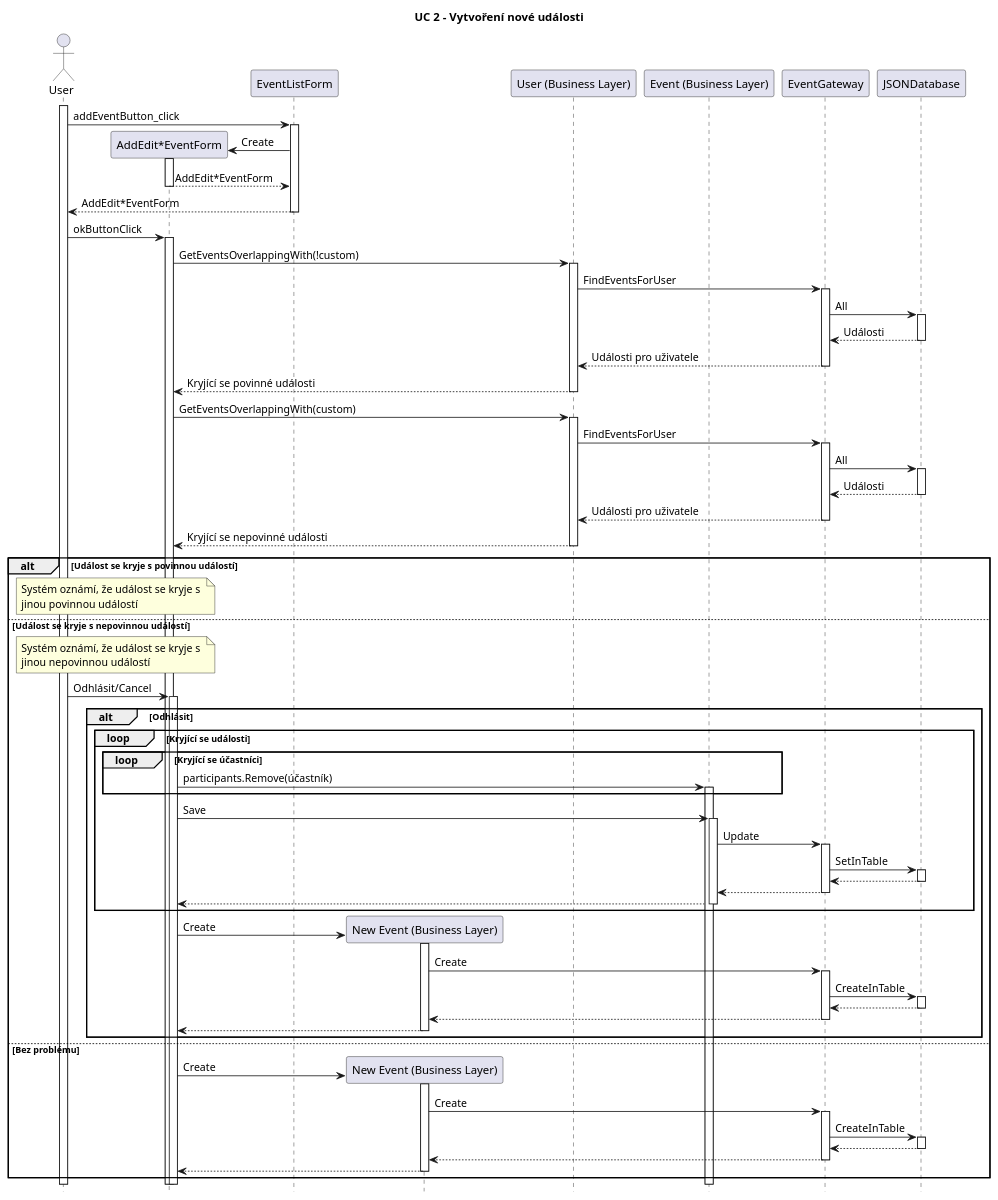
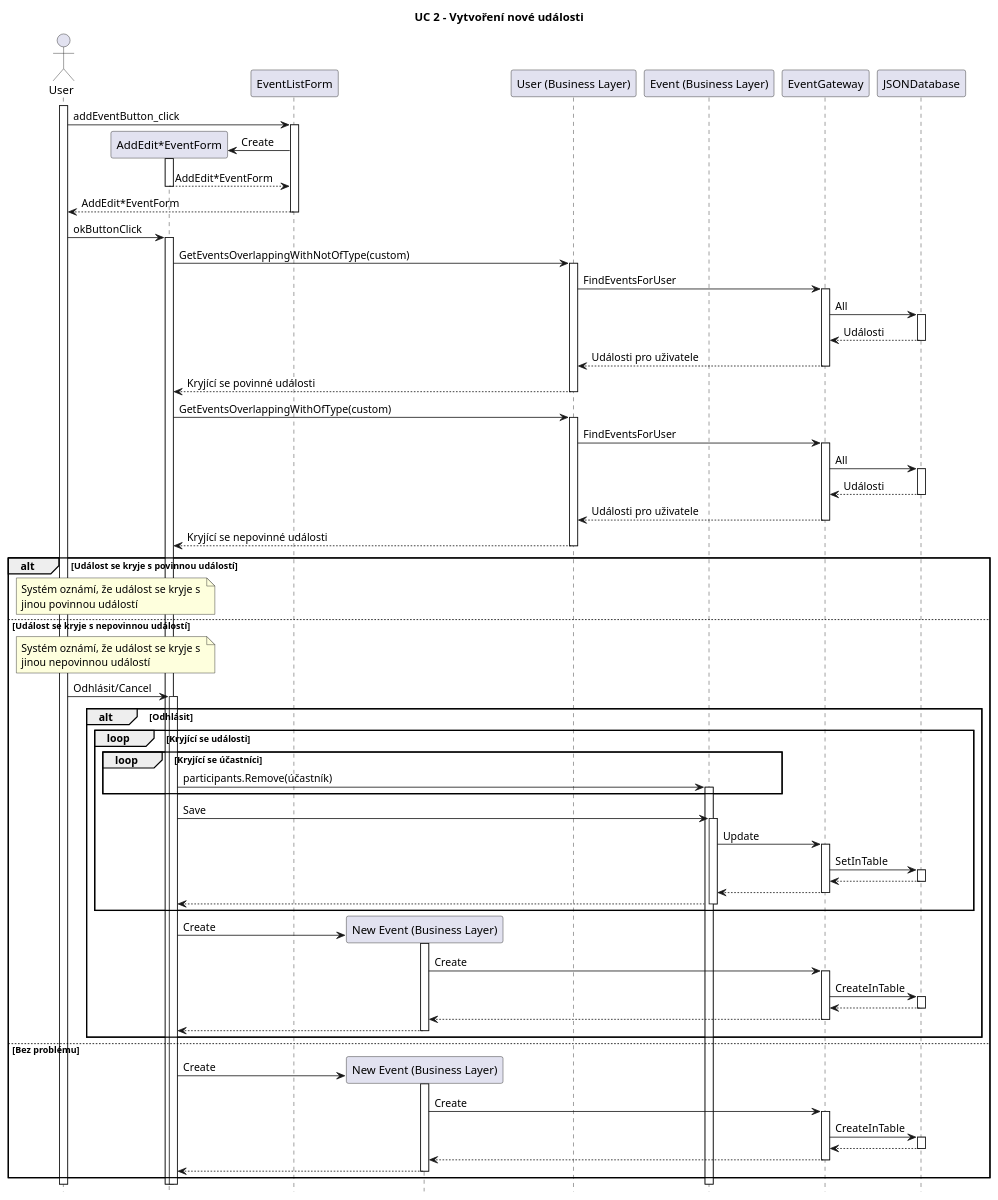
The diagram in UC2SequenceDiagram.puml (dminikm/EsportsIS), drawn with PlantUML before and after one commit. The commit also changed 1 other file, not shown here.

Commit message:
More diagram touchups

```diff
--- a/UC2SequenceDiagram.puml
+++ b/UC2SequenceDiagram.puml
@@ -1,87 +1,87 @@
 @startuml
 
 title UC 2 - Vytvoření nové události
 hide footbox
 
 actor "User" as U
 participant "AddEdit*EventForm" as AEF
 participant "EventListForm" as ELF
 participant "New Event (Business Layer)" as NE
 participant "User (Business Layer)" as UBL
 participant "Event (Business Layer)" as EV
 participant "EventGateway" as EG
 participant "JSONDatabase" as DB
 
 autoactivate on
 
 ' Base form handling
 
 activate U
 U -> ELF : addEventButton_click
 
 ELF -> AEF ** : Create
 activate AEF
 ELF <-- AEF : AddEdit*EventForm
 U <-- ELF : AddEdit*EventForm
 
 ' Click OK
 U -> AEF : okButtonClick
 
 ' Required Events
-AEF -> UBL : GetEventsOverlappingWith(!custom)
+AEF -> UBL : GetEventsOverlappingWithNotOfType(custom)
 UBL -> EG : FindEventsForUser
 EG -> DB : All
 EG <-- DB : Události
 UBL <-- EG : Události pro uživatele
 AEF <-- UBL : Kryjící se povinné události
 
 ' Optional events
-AEF -> UBL : GetEventsOverlappingWith(custom)
+AEF -> UBL : GetEventsOverlappingWithOfType(custom)
 UBL -> EG : FindEventsForUser
 EG -> DB : All
 EG <-- DB : Události
 UBL <-- EG : Události pro uživatele
 AEF <-- UBL : Kryjící se nepovinné události
 
 alt Událost se kryje s povinnou událostí
 	note over U,AEF : Systém oznámí, že událost se kryje s \njinou povinnou událostí
 else Událost se kryje s nepovinnou událostí
 	note over U,AEF : Systém oznámí, že událost se kryje s \njinou nepovinnou událostí
     
     U -> AEF : Odhlásit/Cancel
     alt Odhlásit
     	loop Kryjící se události
         	loop Kryjící se účastníci
             	AEF -> EV : participants.Remove(účastník)
             end
             
             AEF -> EV : Save
             EV -> EG : Update
             EG -> DB : SetInTable
             EG <-- DB :
             EV <-- EG : 
             AEF <-- EV :
             
         end
         
         AEF -> NE ** : Create
         activate NE
         NE -> EG : Create
         EG -> DB : CreateInTable
         EG <-- DB :
         NE <-- EG :
         AEF <-- NE :
         deactivate NE
     end 
 else Bez problému
 	AEF -> NE ** : Create
     activate NE
     NE -> EG : Create
     EG -> DB : CreateInTable
     EG <-- DB :
     NE <-- EG :
     AEF <-- NE :
     deactivate NE
 end
 
 @enduml
```
